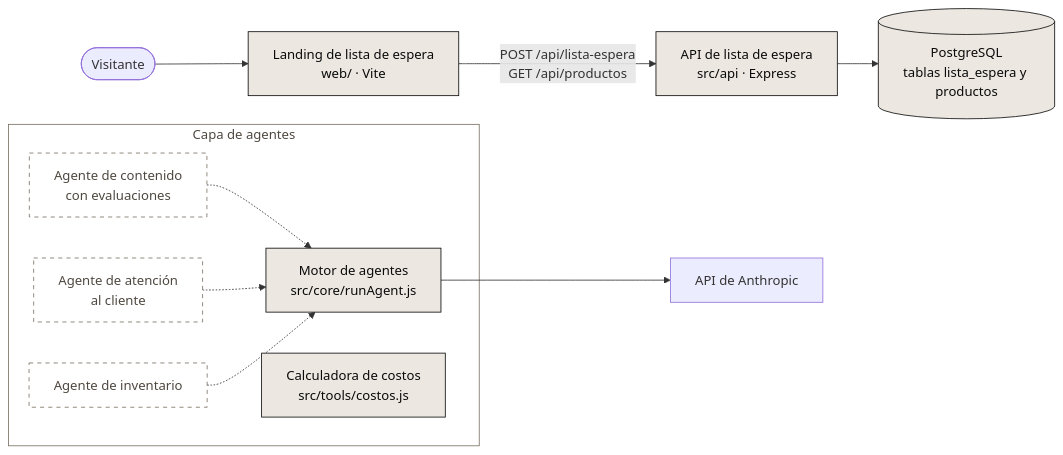
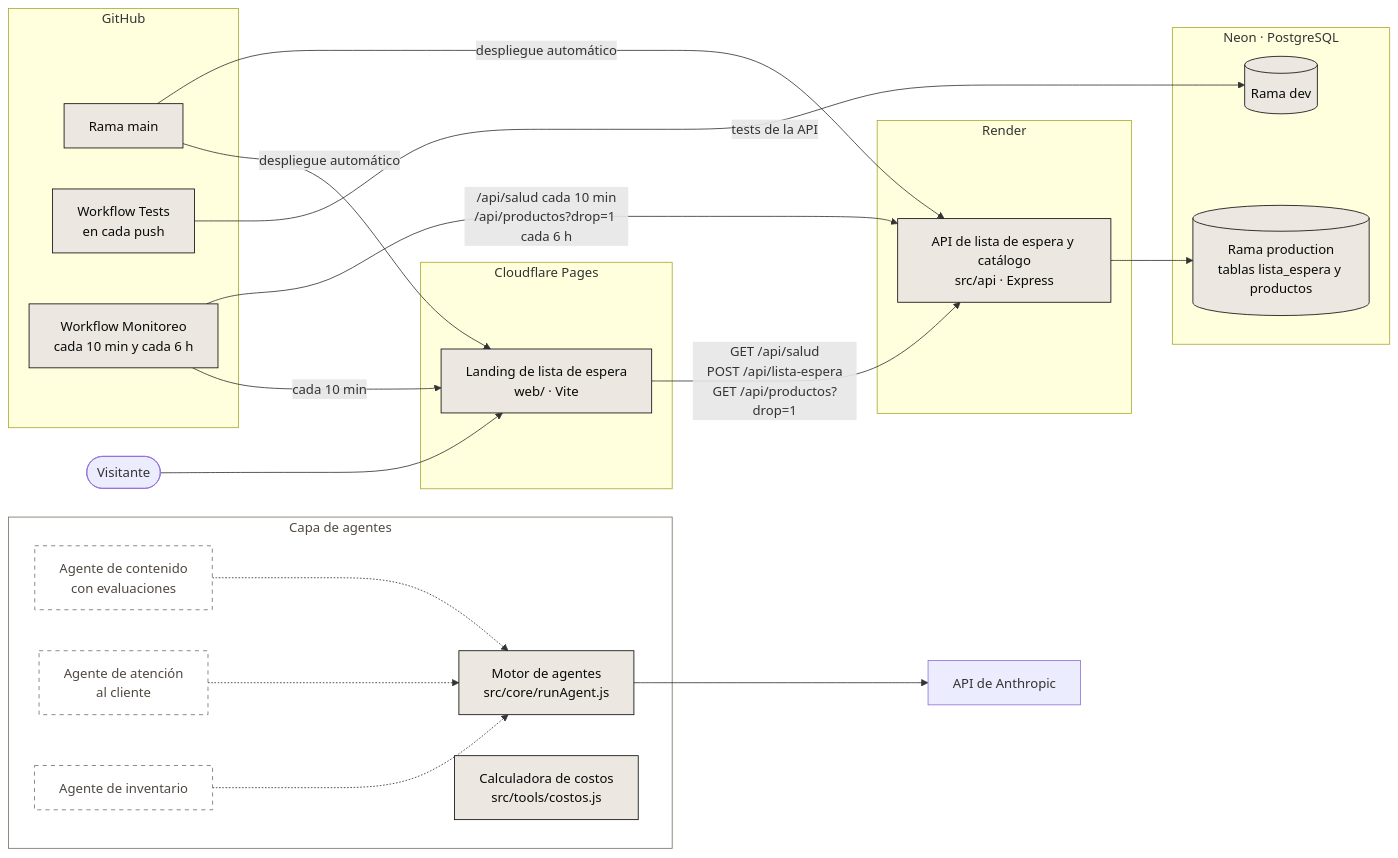
One commit to FacundoGuiraldes/vow changed the diagram in README.md. Above: the diagram before and after it, drawn with Mermaid. The commit also changed other lines of this file, not shown here.

First line of the commit message:
docs: README con publicación, CI, monitoreo y diagrama actualizado

````diff
--- a/README.md
+++ b/README.md
@@ -23,31 +29,52 @@
 ```mermaid
 flowchart LR
     visitante(["Visitante"])
-    landing["Landing de lista de espera<br/>web/ · Vite"]
-    api["API de lista de espera<br/>src/api · Express"]
-    db[("PostgreSQL<br/>tablas lista_espera y productos")]
+
+    subgraph sg_github["GitHub"]
+        repo["Rama main"]
+        ci["Workflow Tests<br/>en cada push"]
+        monitoreo["Workflow Monitoreo<br/>cada 10 min y cada 6 h"]
+    end
+
+    subgraph sg_cloudflare["Cloudflare Pages"]
+        landing["Landing de lista de espera<br/>web/ · Vite"]
+    end
+
+    subgraph sg_render["Render"]
+        api["API de lista de espera y catálogo<br/>src/api · Express"]
+    end
+
+    subgraph sg_neon["Neon · PostgreSQL"]
+        db[("Rama production<br/>tablas lista_espera y productos")]
+        dbdev[("Rama dev")]
+    end
 
     subgraph agentes["Capa de agentes"]
         motor["Motor de agentes<br/>src/core/runAgent.js"]
         costos["Calculadora de costos<br/>src/tools/costos.js"]
         contenido["Agente de contenido<br/>con evaluaciones"]
         soporte["Agente de atención<br/>al cliente"]
         inventario["Agente de inventario"]
     end
 
     anthropic["API de Anthropic"]
 
     visitante --> landing
-    landing -->|"POST /api/lista-espera<br/>GET /api/productos"| api
+    landing -->|"GET /api/salud<br/>POST /api/lista-espera<br/>GET /api/productos?drop=1"| api
     api --> db
+    repo -->|"despliegue automático"| landing
+    repo -->|"despliegue automático"| api
+    ci -->|"tests de la API"| dbdev
+    monitoreo -->|"cada 10 min"| landing
+    monitoreo -->|"/api/salud cada 10 min<br/>/api/productos?drop=1 cada 6 h"| api
     motor --> anthropic
     contenido -.-> motor
     soporte -.-> motor
     inventario -.-> motor
 
     classDef existe fill:#ECE8E1,stroke:#0A0A0A,color:#0A0A0A
     classDef planificado fill:#ffffff,stroke:#7A7064,stroke-dasharray:5 5,color:#4F4840
-    class landing,api,db,motor,costos existe
+    class repo,ci,monitoreo,landing,api,db,dbdev,motor,costos existe
     class contenido,soporte,inventario planificado
     style agentes fill:#ffffff,stroke:#7A7064,color:#4F4840
 ```
````
